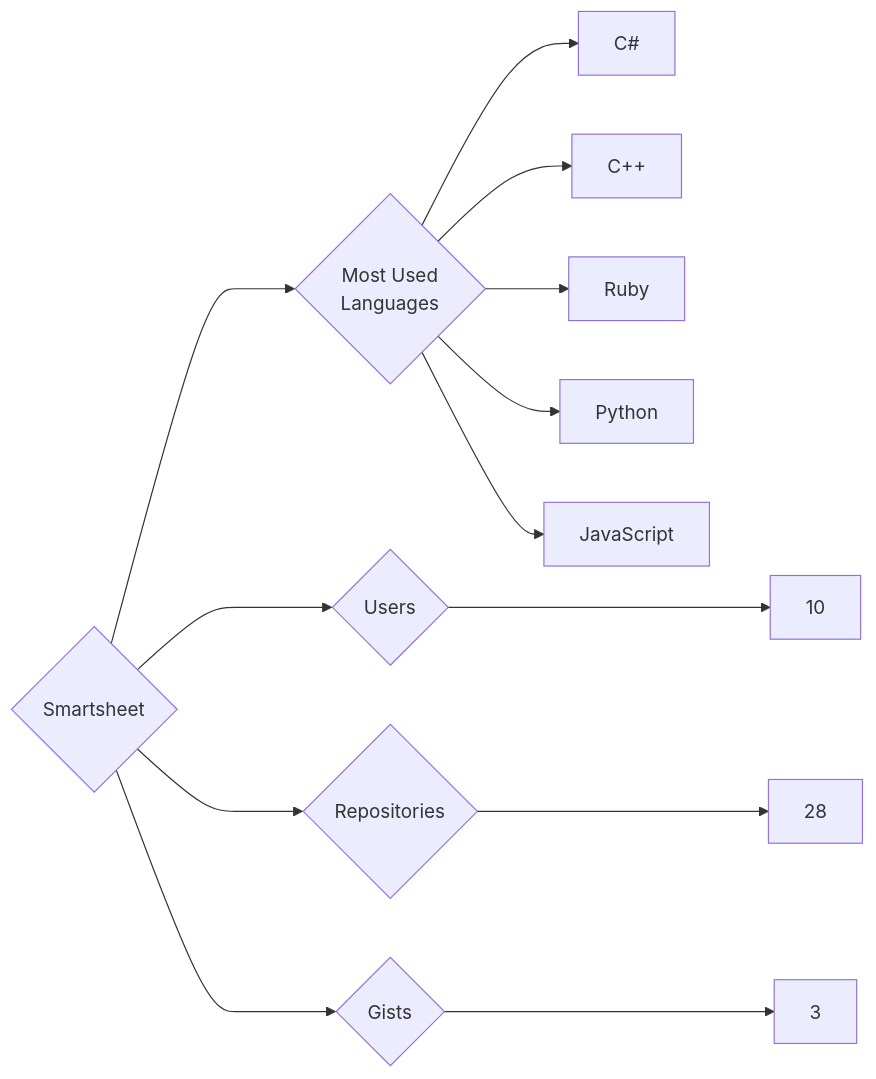
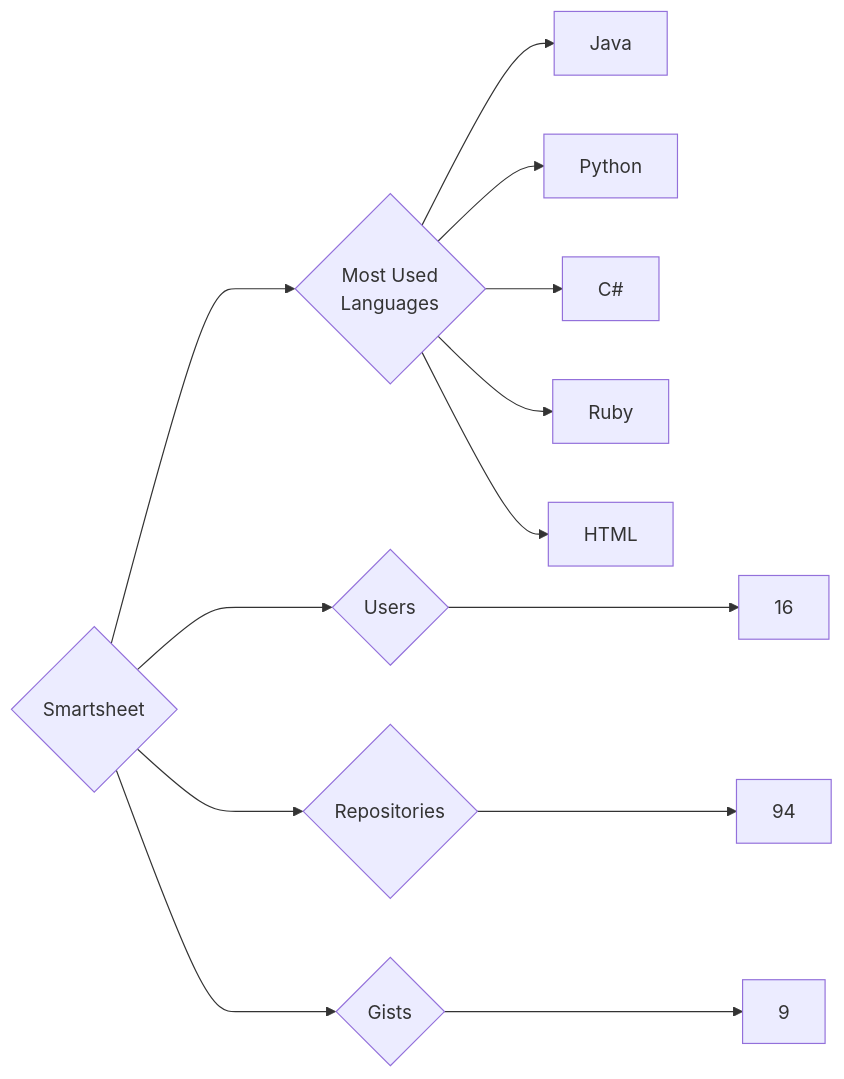
The diagram in targets/Smartsheet/README.md (trickest/insiders), drawn with Mermaid before and after one commit. The commit also changed 829 other files, not shown here.

````diff
--- a/targets/Smartsheet/README.md
+++ b/targets/Smartsheet/README.md
@@ -3,13 +3,13 @@
 ```mermaid
 graph LR
 COMPANY_NAME{Smartsheet}
-COMPANY_NAME ---> U{Users} ---> UN[10]
-COMPANY_NAME ---> R{Repositories} ---> RN[28]
-COMPANY_NAME ---> G{Gists} ---> GN[3]
+COMPANY_NAME ---> U{Users} ---> UN[16]
+COMPANY_NAME ---> R{Repositories} ---> RN[94]
+COMPANY_NAME ---> G{Gists} ---> GN[9]
 COMPANY_NAME ---> ML{Most Used<br>Languages}
+ML --> Java[Java]
+ML --> Python[Python]
 ML --> C#[C#]
-ML --> C++[C++]
 ML --> Ruby[Ruby]
-ML --> Python[Python]
-ML --> JavaScript[JavaScript]
+ML --> HTML[HTML]
 ```
````
